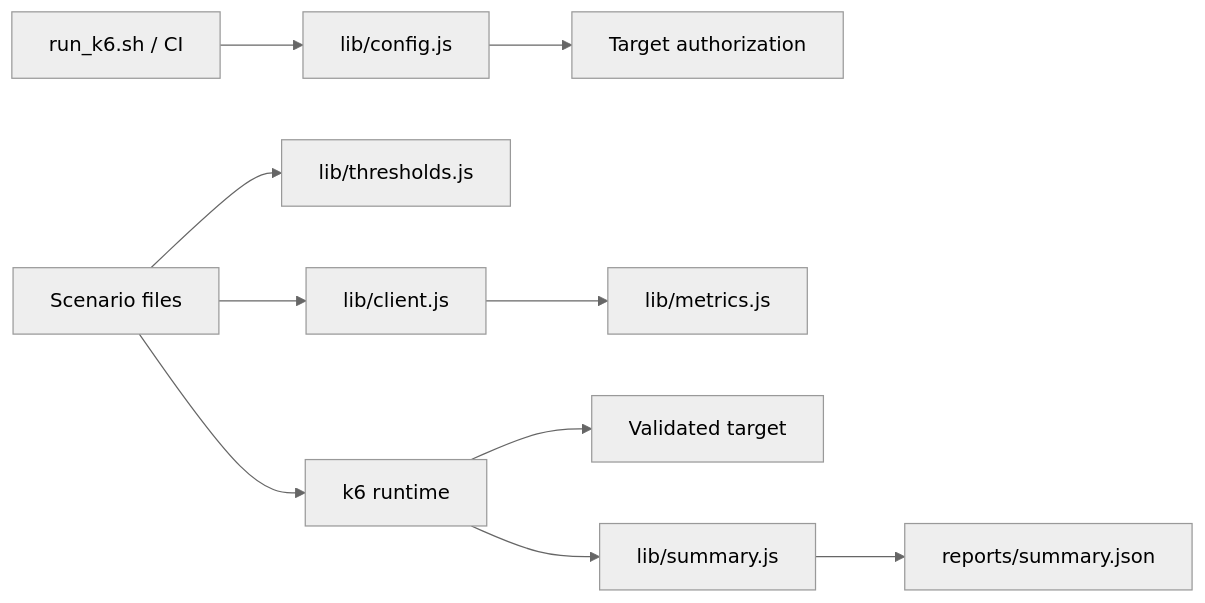
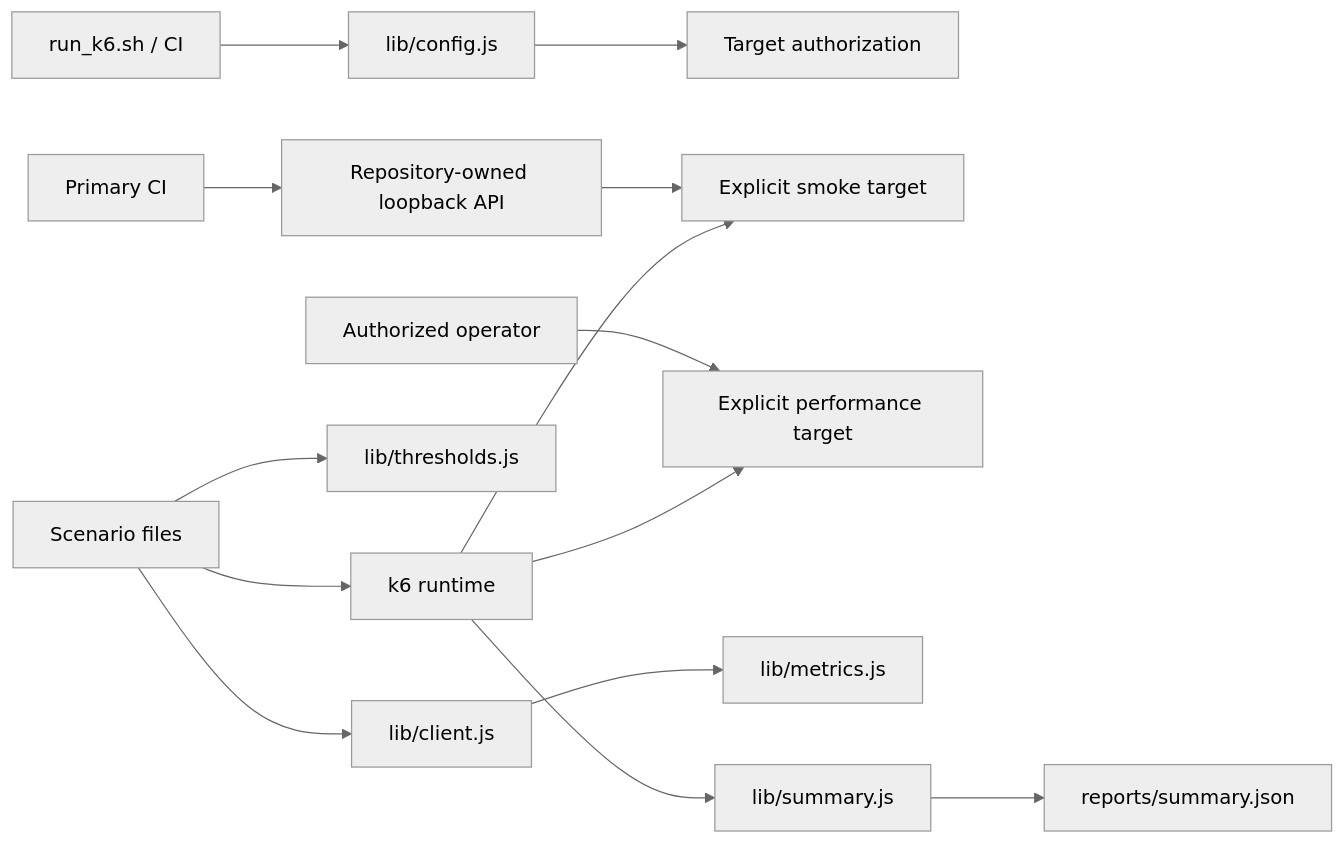
Before and after one commit to portyu9/qa-automation-load-k6: the diagram in docs/ARCHITECTURE.md, drawn with Mermaid (neutral theme). The commit also changed other lines of this file, not shown here.

Commit message:
Align architecture with deterministic smoke target

````diff
--- a/docs/ARCHITECTURE.md
+++ b/docs/ARCHITECTURE.md
@@ -7,12 +7,16 @@
 ```mermaid
 flowchart LR
     CLI[run_k6.sh / CI] --> CFG[lib/config.js]
     CFG --> AUTH[Target authorization]
+    CI[Primary CI] --> FIXTURE[Repository-owned loopback API]
+    FIXTURE --> TARGET[Explicit smoke target]
+    OP[Authorized operator] --> TARGET2[Explicit performance target]
     TEST[Scenario files] --> TH[lib/thresholds.js]
     TEST --> CL[lib/client.js]
     CL --> M[lib/metrics.js]
     TEST --> K6[k6 runtime]
-    K6 --> TARGET[Validated target]
+    K6 --> TARGET
+    K6 --> TARGET2
     K6 --> SUM[lib/summary.js]
     SUM --> REPORT[reports/summary.json]
 ```
````
